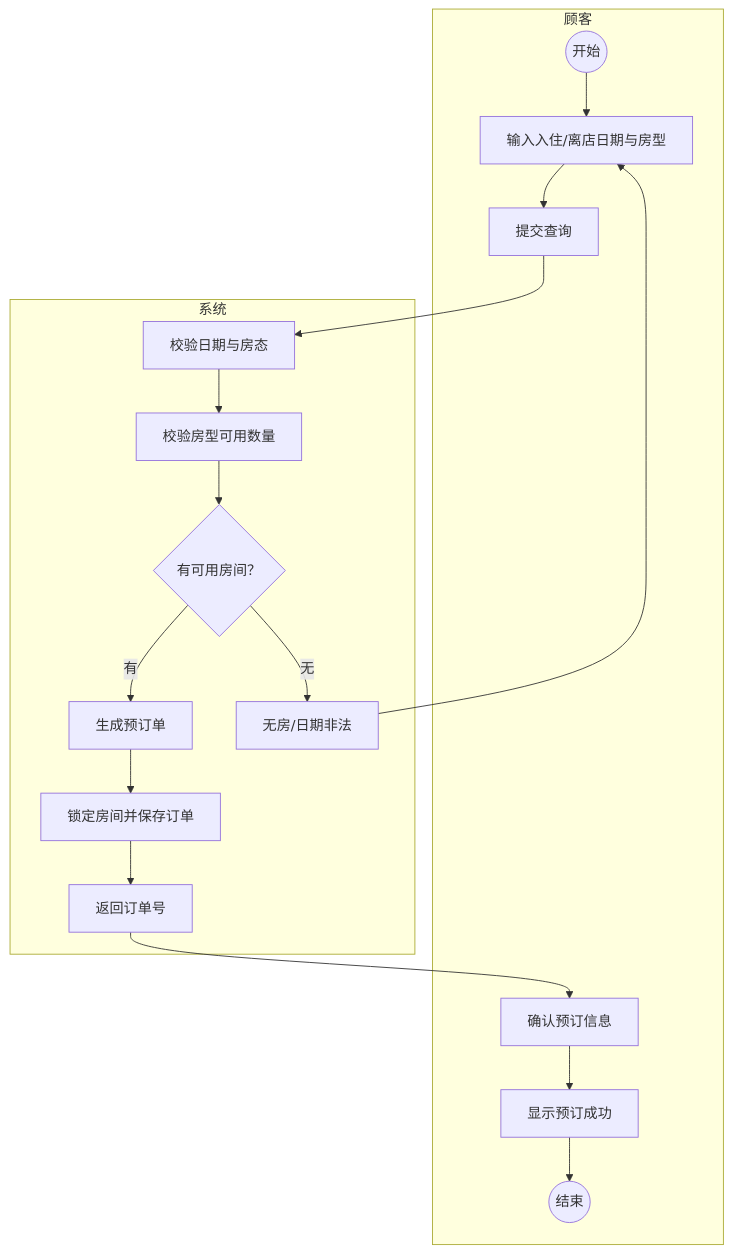
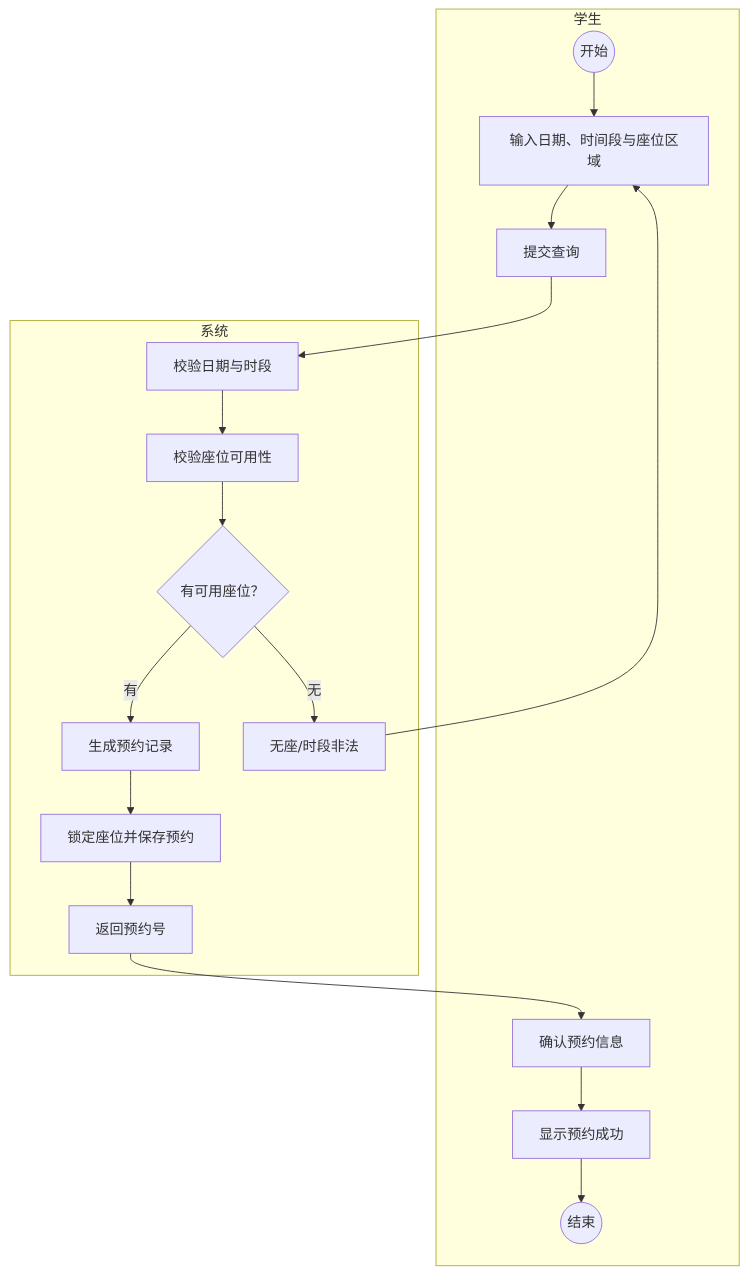
One commit to STU-team/Study_Room_Reservation changed the diagram in docs/reports/CIM建模说明.md. Above: the diagram before and after it, drawn with Mermaid. The commit also changed other lines of this file and 16 other files, not shown here.

````diff
--- a/docs/reports/CIM建模说明.md
+++ b/docs/reports/CIM建模说明.md
@@ -44,22 +45,22 @@
 ```mermaid
 flowchart TD
-    subgraph CUS["顾客"]
-        S((开始)) --> A1["输入入住/离店日期与房型"]
+    subgraph STU["学生"]
+        S((开始)) --> A1["输入日期、时间段与座位区域"]
         A1 --> A2["提交查询"]
-        A6["确认预订信息"] --> A7["显示预订成功"]
+        A6["确认预约信息"] --> A7["显示预约成功"]
         A7 --> E((结束))
     end
 
     subgraph SYS["系统"]
-        B1["校验日期与房态"] --> B2["校验房型可用数量"]
-        B2 --> D{"有可用房间？"}
-        D -->|有| B3["生成预订单"]
-        B3 --> B4["锁定房间并保存订单"]
-        B4 --> B5["返回订单号"]
-        D -->|无| B6["无房/日期非法"]
+        B1["校验日期与时段"] --> B2["校验座位可用性"]
+        B2 --> D{"有可用座位？"}
+        D -->|有| B3["生成预约记录"]
+        B3 --> B4["锁定座位并保存预约"]
+        B4 --> B5["返回预约号"]
+        D -->|无| B6["无座/时段非法"]
     end
 
     A2 --> B1
     B6 --> A1
     B5 --> A6
 ```
````
